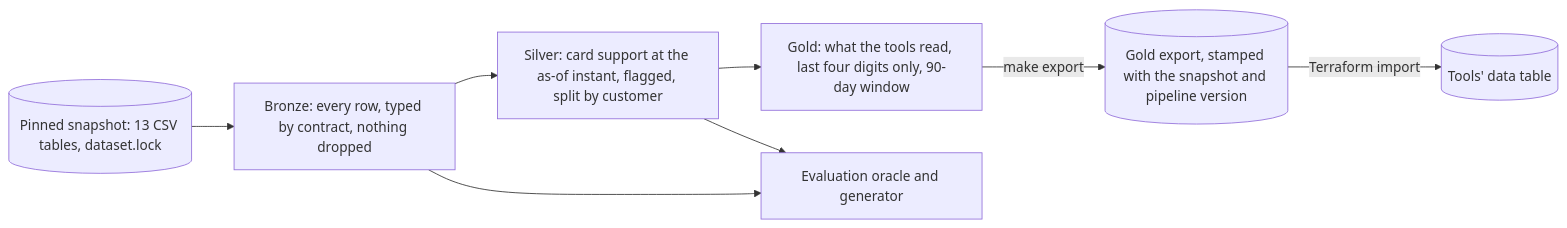
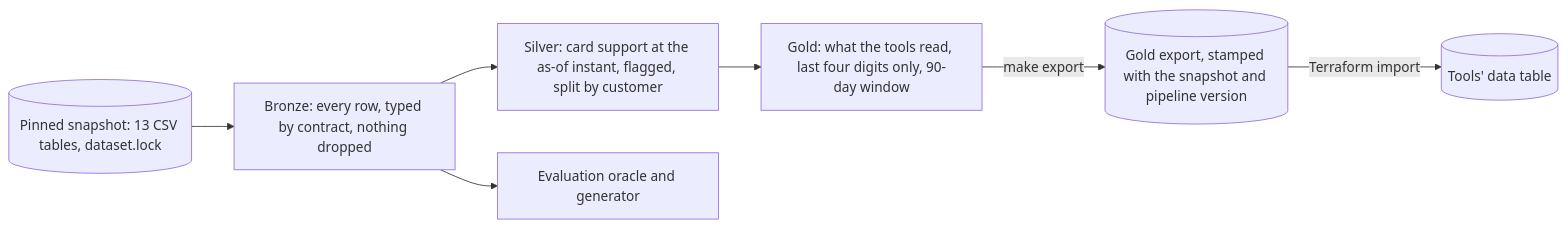
The fourth of 5 diagrams in docs/architecture.md (gafnts/factored-hackathon-2026-gafnts), drawn with Mermaid before and after one commit.

Commit message:
Read the evaluation from bronze alone in the data diagram

````diff
--- a/docs/architecture.md
+++ b/docs/architecture.md
@@ -179,13 +179,12 @@
 ```mermaid
 flowchart LR
   SNAP[("Pinned snapshot: 13 CSV tables, dataset.lock")]
   BR["Bronze: every row, typed by contract, nothing dropped"]
   SI["Silver: card support at the as-of instant, flagged, split by customer"]
   GO["Gold: what the tools read, last four digits only, 90-day window"]
   EXP[("Gold export, stamped with the snapshot and pipeline version")]
   TD[("Tools' data table")]
   OR["Evaluation oracle and generator"]
   SNAP --> BR --> SI --> GO -->|"make export"| EXP -->|"Terraform import"| TD
   BR --> OR
-  SI --> OR
 ```
````
